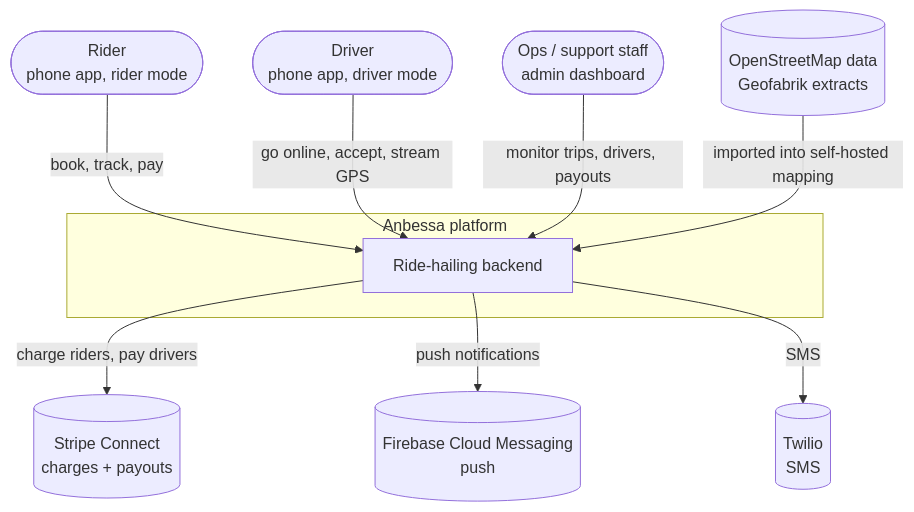
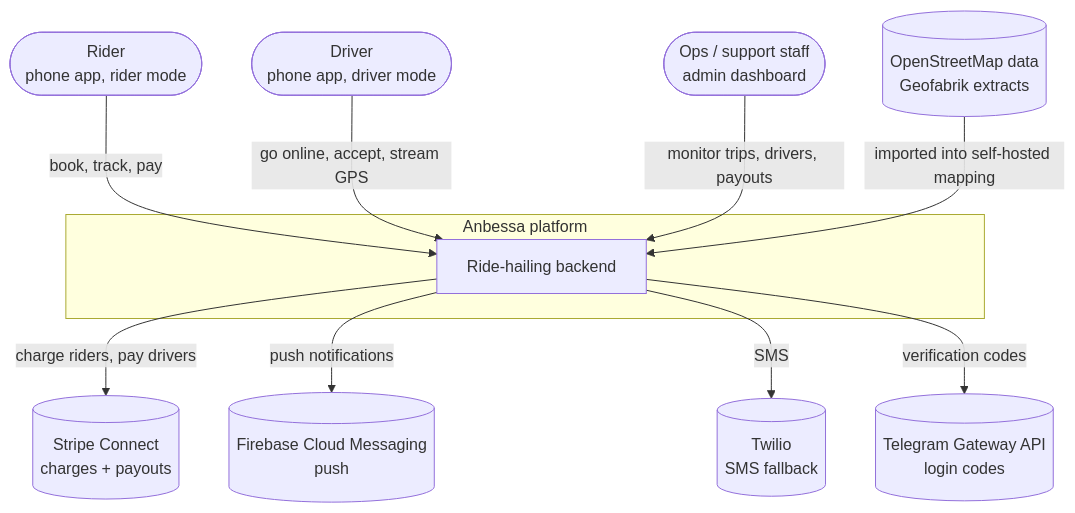
The first of 17 diagrams in docs/architecture/overview.md (beab1212/Anbessa), drawn with Mermaid before and after one commit. The commit also changed other lines of this file and 92 other files, not shown here.

Commit message:
Refactor authentication setup and documentation; replace local JWT key generation with Better Auth integration, update `.env.example` for new auth service secrets, and enhance documentation to reflect the transition to Telegram for OTP delivery with SMS fallback.

````diff
--- a/docs/architecture/overview.md
+++ b/docs/architecture/overview.md
@@ -42,23 +42,25 @@
 ```mermaid
 flowchart TB
   Rider([Rider<br/>phone app, rider mode])
   Driver([Driver<br/>phone app, driver mode])
   Ops([Ops / support staff<br/>admin dashboard])
 
   subgraph Anbessa["Anbessa platform"]
     Core[Ride-hailing backend]
   end
 
   Stripe[(Stripe Connect<br/>charges + payouts)]
   FCM[(Firebase Cloud Messaging<br/>push)]
-  Twilio[(Twilio<br/>SMS)]
+  Twilio[(Twilio<br/>SMS fallback)]
+  TG[(Telegram Gateway API<br/>login codes)]
   OSM[(OpenStreetMap data<br/>Geofabrik extracts)]
 
   Rider -->|book, track, pay| Core
   Driver -->|go online, accept, stream GPS| Core
   Ops -->|monitor trips, drivers, payouts| Core
   Core -->|charge riders, pay drivers| Stripe
   Core -->|push notifications| FCM
   Core -->|SMS| Twilio
+  Core -->|verification codes| TG
   OSM -->|imported into self-hosted mapping| Core
 ```
````
